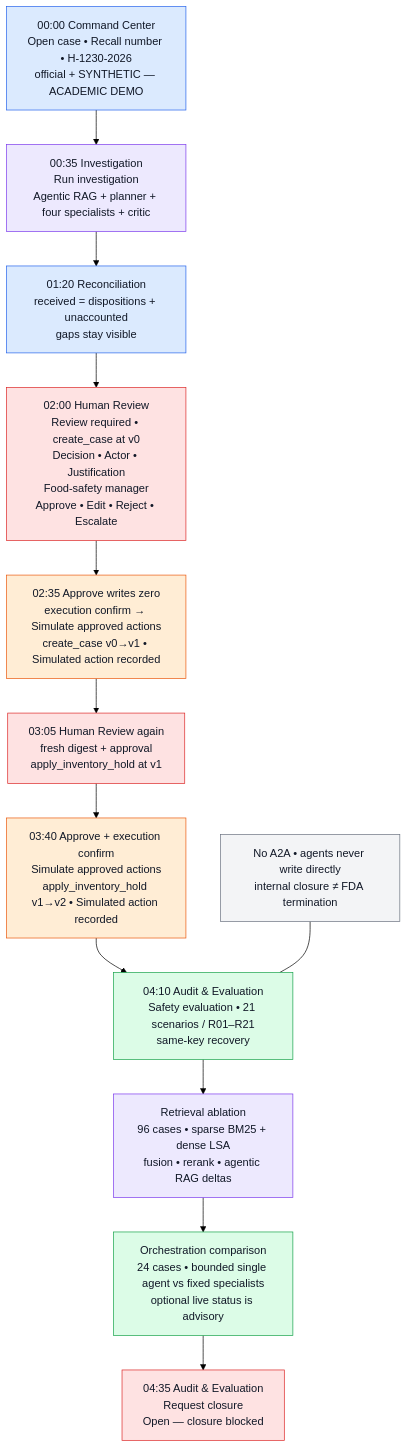
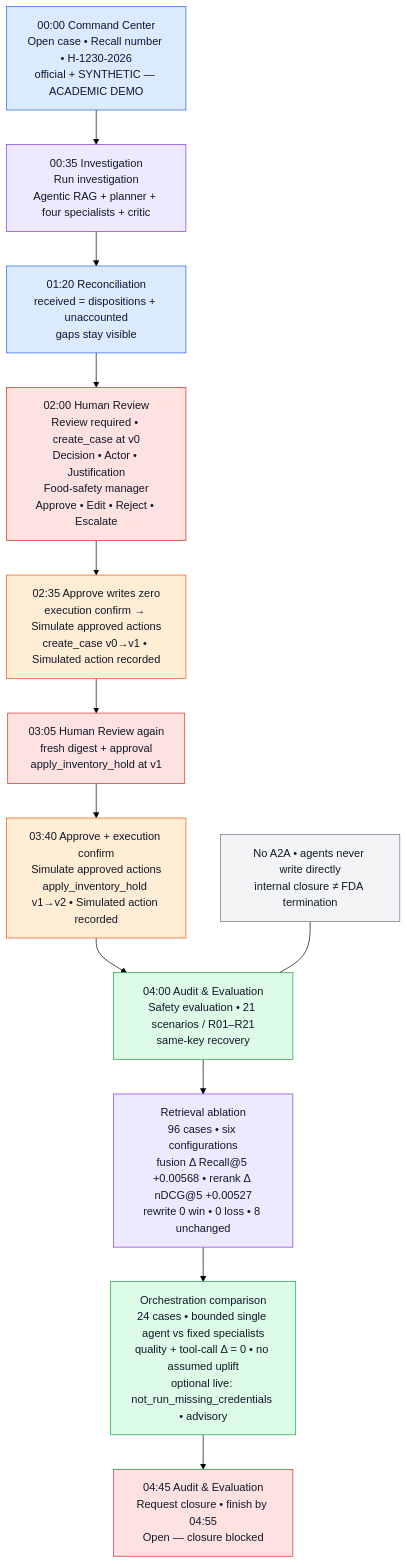
One commit to nagarjunakanamarlapudi/reacall-agents changed the diagram in docs/images/07_demo_story.mmd. Above: the diagram before and after it, drawn with Mermaid (forest theme). The commit also changed 12 other files, not shown here.

```diff
--- a/docs/images/07_demo_story.mmd
+++ b/docs/images/07_demo_story.mmd
@@ -1,22 +1,22 @@
 flowchart TB
   classDef step fill:#dbeafe,stroke:#2563eb,color:#111827
   classDef agent fill:#ede9fe,stroke:#7c3aed,color:#111827
   classDef human fill:#fee2e2,stroke:#dc2626,color:#111827
   classDef action fill:#ffedd5,stroke:#ea580c,color:#111827
   classDef safe fill:#dcfce7,stroke:#16a34a,color:#111827
   classDef block fill:#f3f4f6,stroke:#6b7280,color:#111827
 
   A["00:00 Command Center<br/>Open case • Recall number • H-1230-2026<br/>official + SYNTHETIC — ACADEMIC DEMO"]:::step
   B["00:35 Investigation<br/>Run investigation<br/>Agentic RAG + planner + four specialists + critic"]:::agent
   C["01:20 Reconciliation<br/>received = dispositions + unaccounted<br/>gaps stay visible"]:::step
   D["02:00 Human Review<br/>Review required • create_case at v0<br/>Decision • Actor • Justification<br/>Food-safety manager<br/>Approve • Edit • Reject • Escalate"]:::human
   E["02:35 Approve writes zero<br/>execution confirm → Simulate approved actions<br/>create_case v0→v1 • Simulated action recorded"]:::action
   F["03:05 Human Review again<br/>fresh digest + approval<br/>apply_inventory_hold at v1"]:::human
   G["03:40 Approve + execution confirm<br/>Simulate approved actions<br/>apply_inventory_hold v1→v2 • Simulated action recorded"]:::action
-  H["04:10 Audit & Evaluation<br/>Safety evaluation • 21 scenarios / R01–R21<br/>same-key recovery"]:::safe
-  J["Retrieval ablation<br/>96 cases • sparse BM25 + dense LSA<br/>fusion • rerank • agentic RAG deltas"]:::agent
-  K["Orchestration comparison<br/>24 cases • bounded single agent vs fixed specialists<br/>optional live status is advisory"]:::safe
-  I["04:35 Audit & Evaluation<br/>Request closure<br/>Open — closure blocked"]:::human
+  H["04:00 Audit & Evaluation<br/>Safety evaluation • 21 scenarios / R01–R21<br/>same-key recovery"]:::safe
+  J["Retrieval ablation<br/>96 cases • six configurations<br/>fusion Δ Recall@5 +0.00568 • rerank Δ nDCG@5 +0.00527<br/>rewrite 0 win • 0 loss • 8 unchanged"]:::agent
+  K["Orchestration comparison<br/>24 cases • bounded single agent vs fixed specialists<br/>quality + tool-call Δ = 0 • no assumed uplift<br/>optional live: not_run_missing_credentials • advisory"]:::safe
+  I["04:45 Audit & Evaluation<br/>Request closure • finish by 04:55<br/>Open — closure blocked"]:::human
 
   A --> B --> C --> D --> E --> F --> G --> H --> J --> K --> I
   NOTE["No A2A • agents never write directly<br/>internal closure ≠ FDA termination"]:::block --- H
```
